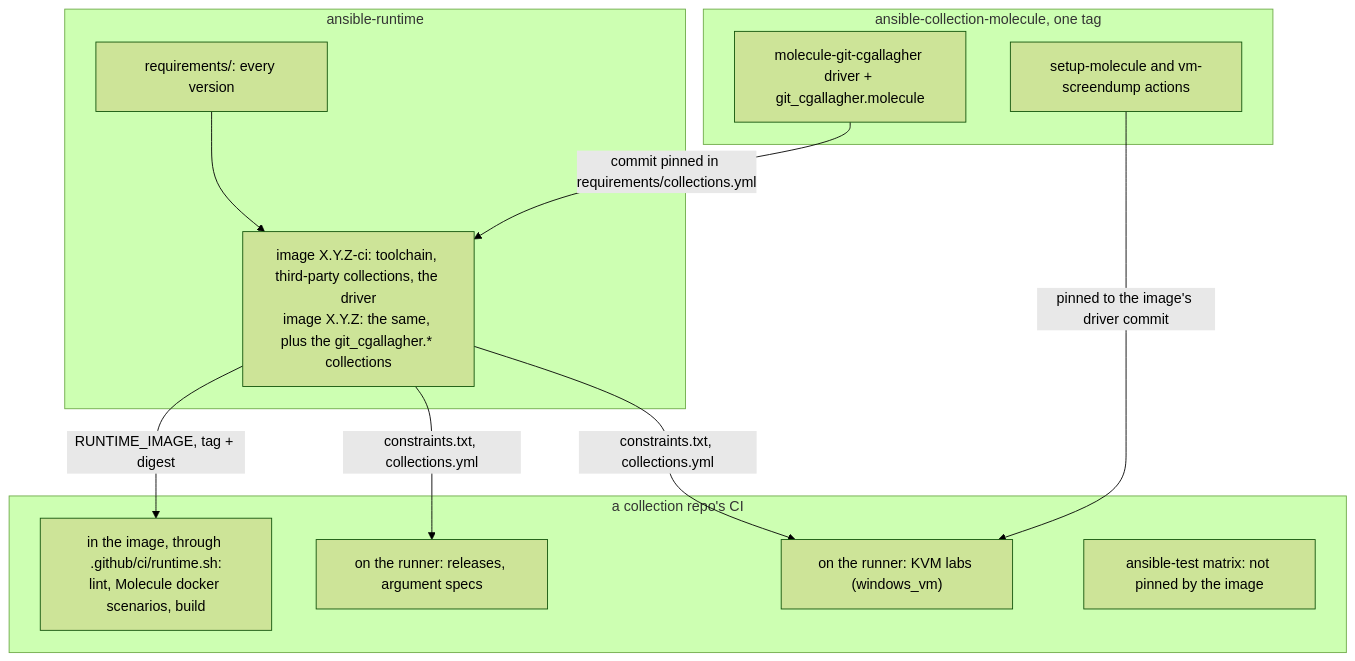
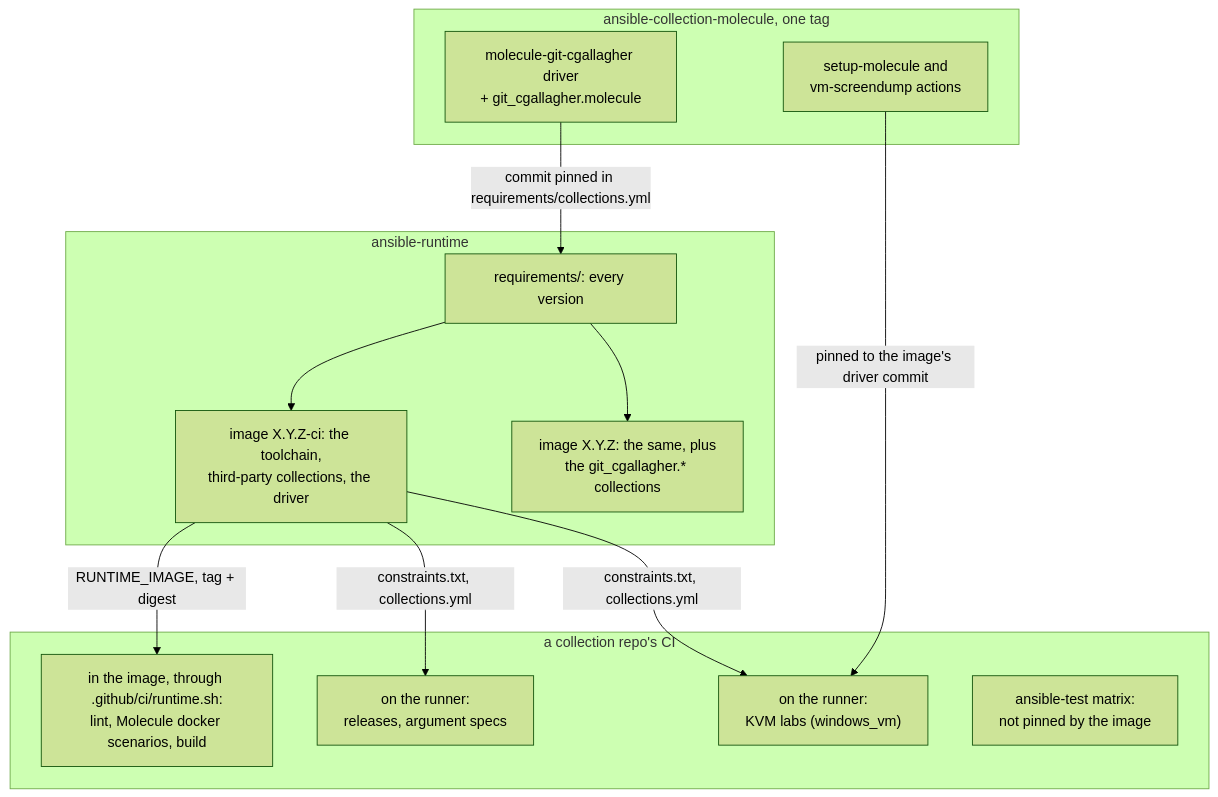
The diagram in docs/SHARED-CI.md (git-cgallagher/ansible-runtime), drawn with Mermaid (forest theme) before and after one commit.

Commit message:
docs: SHARED-CI.md diagram, one node per image target
The single image node wrapped into nine lines on GitHub. The -ci and runtime
targets get a node each (consumers' CI uses -ci), and the driver's commit
pin points at requirements/, where it lives.

````diff
--- a/docs/SHARED-CI.md
+++ b/docs/SHARED-CI.md
@@ -19,23 +19,25 @@
 ```mermaid
 flowchart TB
+  subgraph MOL["ansible-collection-molecule, one tag"]
+    DRV["molecule-git-cgallagher driver<br/>+ git_cgallagher.molecule"]
+    ACT["setup-molecule and<br/>vm-screendump actions"]
+  end
   subgraph RT["ansible-runtime"]
     PINS["requirements/: every version"]
-    IMG["image X.Y.Z-ci: toolchain, third-party collections, the driver<br/>image X.Y.Z: the same, plus the git_cgallagher.* collections"]
-    PINS --> IMG
-  end
-  subgraph MOL["ansible-collection-molecule, one tag"]
-    DRV["molecule-git-cgallagher driver + git_cgallagher.molecule"]
-    ACT["setup-molecule and vm-screendump actions"]
+    CIIMG["image X.Y.Z-ci: the toolchain,<br/>third-party collections, the driver"]
+    RTIMG["image X.Y.Z: the same, plus<br/>the git_cgallagher.* collections"]
+    PINS --> CIIMG
+    PINS --> RTIMG
   end
   subgraph CON["a collection repo's CI"]
     IN["in the image, through .github/ci/runtime.sh:<br/>lint, Molecule docker scenarios, build"]
-    RUN["on the runner: releases, argument specs"]
-    LAB["on the runner: KVM labs (windows_vm)"]
-    MAT["ansible-test matrix: not pinned by the image"]
+    RUN["on the runner:<br/>releases, argument specs"]
+    LAB["on the runner:<br/>KVM labs (windows_vm)"]
+    MAT["ansible-test matrix:<br/>not pinned by the image"]
   end
-  DRV -- "commit pinned in requirements/collections.yml" --> IMG
-  IMG -- "RUNTIME_IMAGE, tag + digest" --> IN
-  IMG -- "constraints.txt, collections.yml" --> RUN
-  IMG -- "constraints.txt, collections.yml" --> LAB
+  DRV -- "commit pinned in requirements/collections.yml" --> PINS
+  CIIMG -- "RUNTIME_IMAGE, tag + digest" --> IN
+  CIIMG -- "constraints.txt, collections.yml" --> RUN
+  CIIMG -- "constraints.txt, collections.yml" --> LAB
   ACT -- "pinned to the image's driver commit" --> LAB
 ```
````
